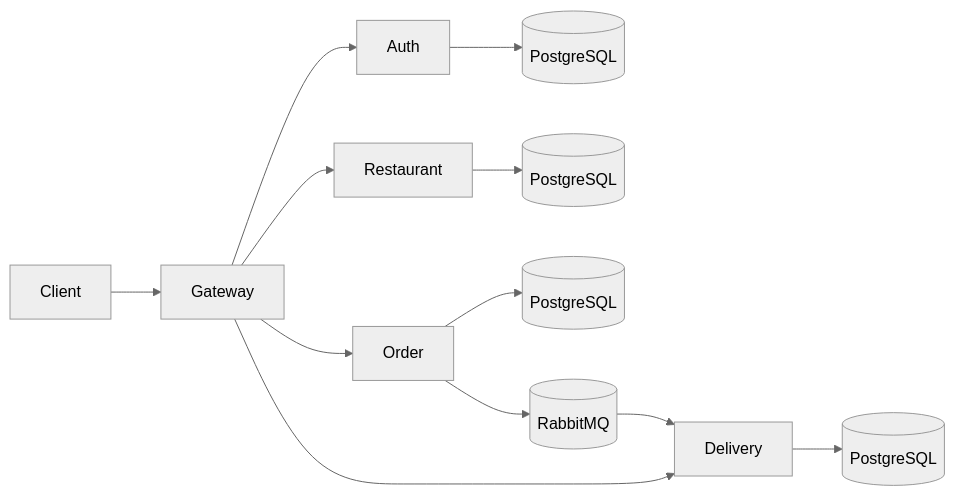
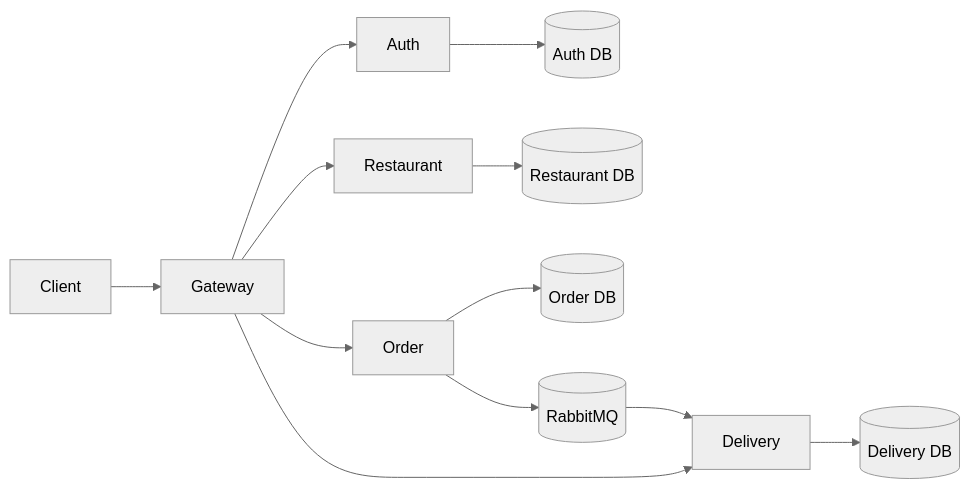
One commit to ErenKarakus1/Food-Delivery-System changed the first of 4 diagrams in README.md. Above: the diagram before and after it, drawn with Mermaid (neutral theme). The commit also changed other lines of this file, not shown here.

Commit message:
docs: document architecture and event-driven delivery flow

````diff
--- a/README.md
+++ b/README.md
@@ -12,17 +12,17 @@
 ```mermaid
 flowchart LR
     Client --> Gateway
 
     Gateway --> Auth
     Gateway --> Restaurant
     Gateway --> Order
     Gateway --> Delivery
 
-    Order --> PostgreSQL1[(PostgreSQL)]
-    Restaurant --> PostgreSQL2[(PostgreSQL)]
-    Delivery --> PostgreSQL3[(PostgreSQL)]
-    Auth --> PostgreSQL4[(PostgreSQL)]
+    Order --> OrderDB[(Order DB)]
+    Restaurant --> RestaurantDB[(Restaurant DB)]
+    Delivery --> DeliveryDB[(Delivery DB)]
+    Auth --> AuthDB[(Auth DB)]
 
     Order --> RabbitMQ[(RabbitMQ)]
     RabbitMQ --> Delivery
 ```
````
